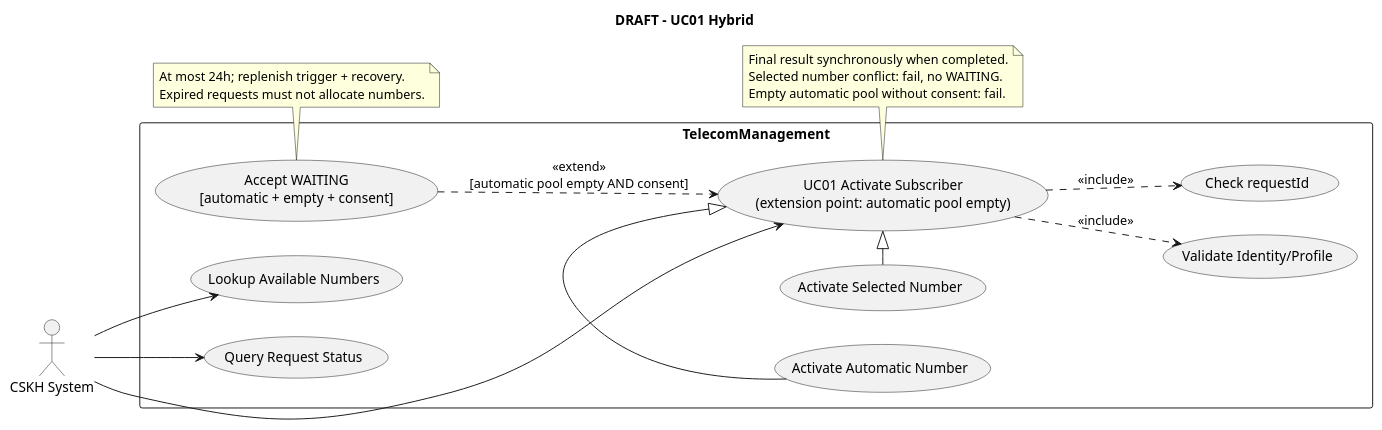
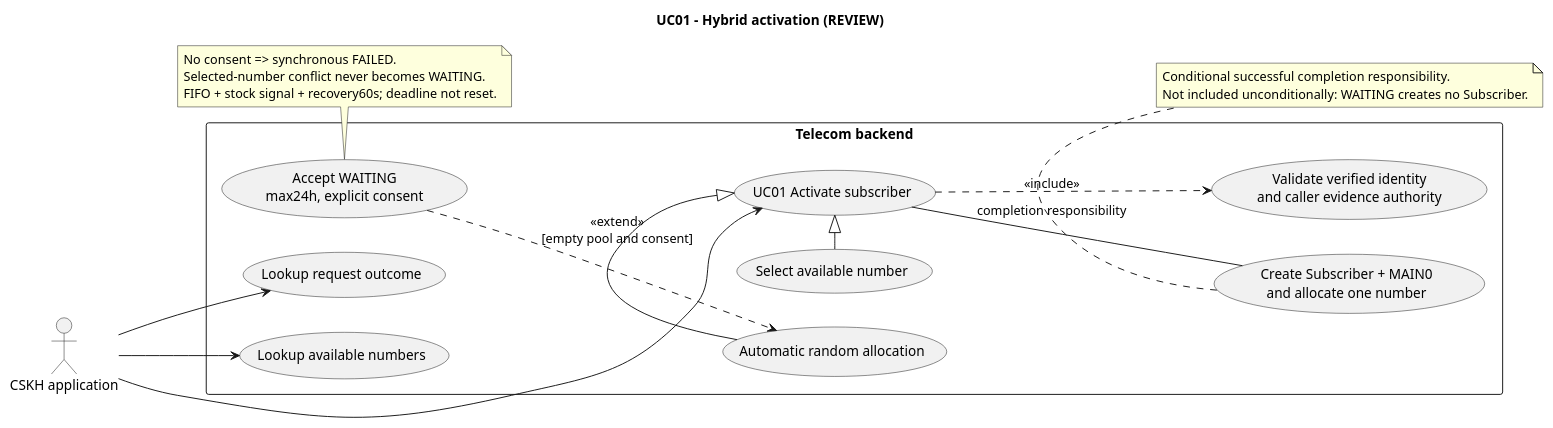
Before and after one commit to Sagitoaz/Telecom-Management-System: the diagram in docs/02-analysis/uc01-use-case-diagram.puml, drawn with PlantUML. The commit also changed 122 other files, not shown here.

```diff
--- a/docs/02-analysis/uc01-use-case-diagram.puml
+++ b/docs/02-analysis/uc01-use-case-diagram.puml
@@ -1,32 +1,32 @@
 @startuml
+title UC01 - Hybrid activation (REVIEW)
 left to right direction
-title DRAFT - UC01 Hybrid
-actor "CSKH System" as CSKH
-rectangle TelecomManagement {
-  usecase "UC01 Activate Subscriber\n(extension point: automatic pool empty)" as Activate
-  usecase "Activate Selected Number" as Selected
-  usecase "Activate Automatic Number" as Auto
-  usecase "Validate Identity/Profile" as Profile
-  usecase "Check requestId" as Retry
-  usecase "Accept WAITING\n[automatic + empty + consent]" as Wait
-  usecase "Lookup Available Numbers" as Lookup
-  usecase "Query Request Status" as Status
+actor "CSKH application" as Care
+rectangle "Telecom backend" {
+ usecase "UC01 Activate subscriber" as A
+ usecase "Select available number" as S
+ usecase "Automatic random allocation" as R
+ usecase "Accept WAITING\nmax24h, explicit consent" as W
+ usecase "Validate verified identity\nand caller evidence authority" as V
+ usecase "Create Subscriber + MAIN0\nand allocate one number" as C
+ usecase "Lookup request outcome" as Q
+ usecase "Lookup available numbers" as L
 }
-CSKH --> Activate
-CSKH --> Lookup
-CSKH --> Status
-Selected -|> Activate
-Auto -|> Activate
-Activate ..> Profile : <<include>>
-Activate ..> Retry : <<include>>
-Wait ..> Activate : <<extend>>\n[automatic pool empty AND consent]
-note bottom of Activate
-  Final result synchronously when completed.
-  Selected number conflict: fail, no WAITING.
-  Empty automatic pool without consent: fail.
+Care --> A
+Care --> Q
+Care --> L
+S -|> A
+R -|> A
+A ..> V : <<include>>
+W ..> R : <<extend>>\n[empty pool and consent]
+note bottom of C
+ Conditional successful completion responsibility.
+ Not included unconditionally: WAITING creates no Subscriber.
 end note
-note bottom of Wait
-  At most 24h; replenish trigger + recovery.
-  Expired requests must not allocate numbers.
+A -- C : completion responsibility
+note bottom of W
+ No consent => synchronous FAILED.
+ Selected-number conflict never becomes WAITING.
+ FIFO + stock signal + recovery60s; deadline not reset.
 end note
 @enduml
```
